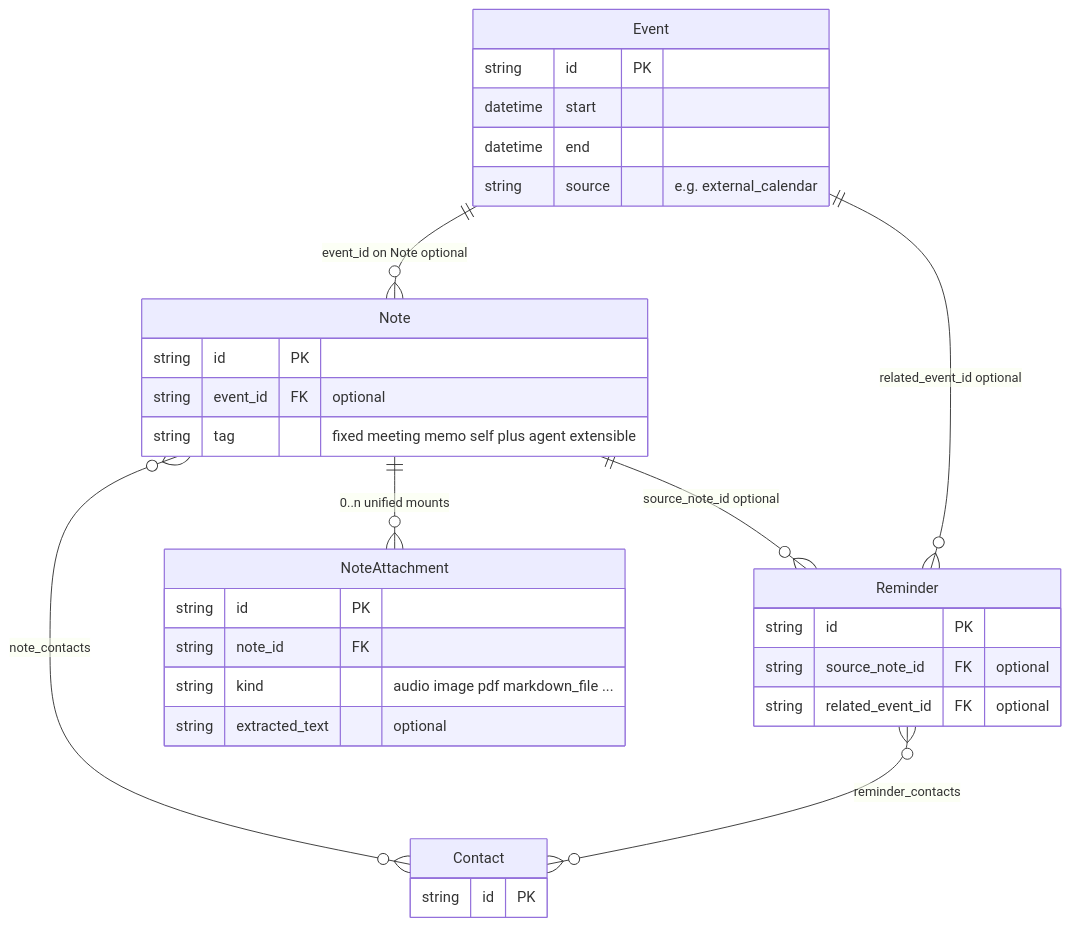
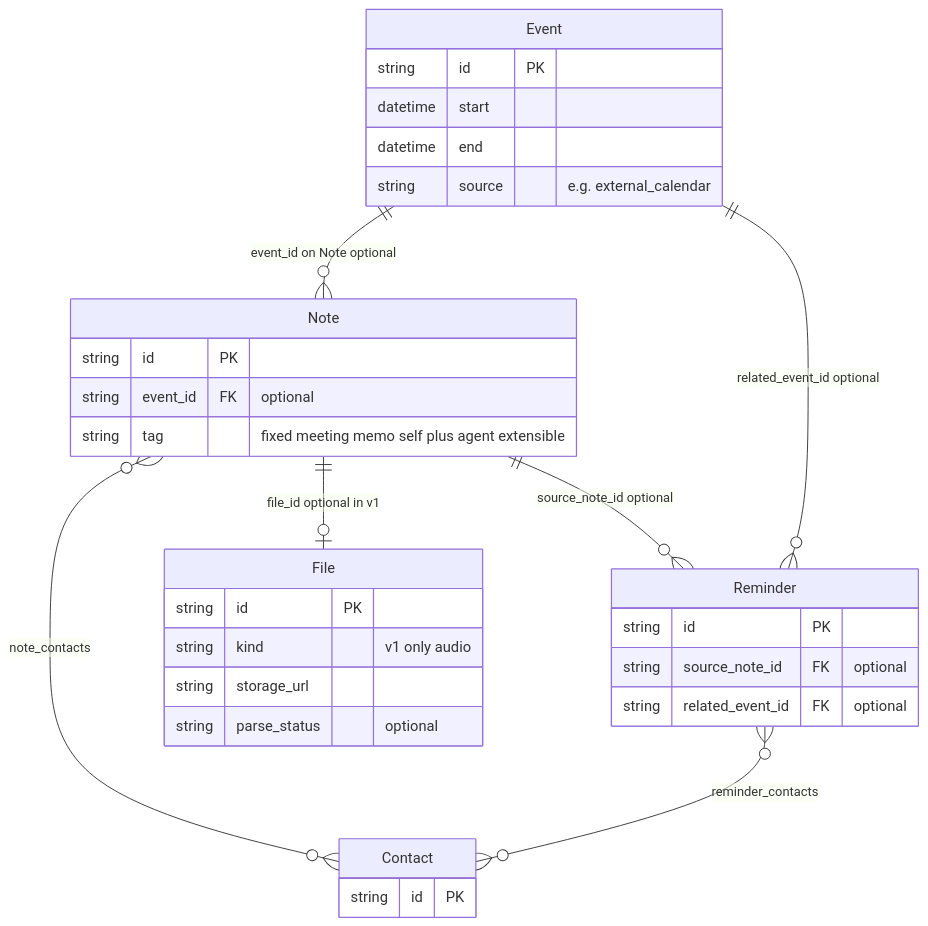
Before and after one commit to IgniteTheSpark/bizcard: the second of 4 diagrams in bizcard-3.0-phase2/ASSET_MODEL_AND_RELATIONS.md, drawn with Mermaid. The commit also changed other lines of this file and 9 other files, not shown here.

````diff
--- a/bizcard-3.0-phase2/ASSET_MODEL_AND_RELATIONS.md
+++ b/bizcard-3.0-phase2/ASSET_MODEL_AND_RELATIONS.md
@@ -59,39 +70,39 @@
 ```mermaid
 erDiagram
   Event ||--o{ Note : "event_id on Note optional"
   Note }o--o{ Contact : "note_contacts"
   Note ||--o{ Reminder : "source_note_id optional"
   Event ||--o{ Reminder : "related_event_id optional"
   Reminder }o--o{ Contact : "reminder_contacts"
-  Note ||--o{ NoteAttachment : "0..n unified mounts"
+  Note ||--o| File : "file_id optional in v1"
 
   Note {
     string id PK
     string event_id FK "optional"
     string tag "fixed meeting memo self plus agent extensible"
   }
 
   Event {
     string id PK
     datetime start
     datetime end
     string source "e.g. external_calendar"
   }
 
   Reminder {
     string id PK
     string source_note_id FK "optional"
     string related_event_id FK "optional"
   }
 
   Contact {
     string id PK
   }
 
-  NoteAttachment {
+  File {
     string id PK
-    string note_id FK
-    string kind "audio image pdf markdown_file ..."
-    string extracted_text "optional"
+    string kind "v1 only audio"
+    string storage_url
+    string parse_status "optional"
   }
 ```
````
